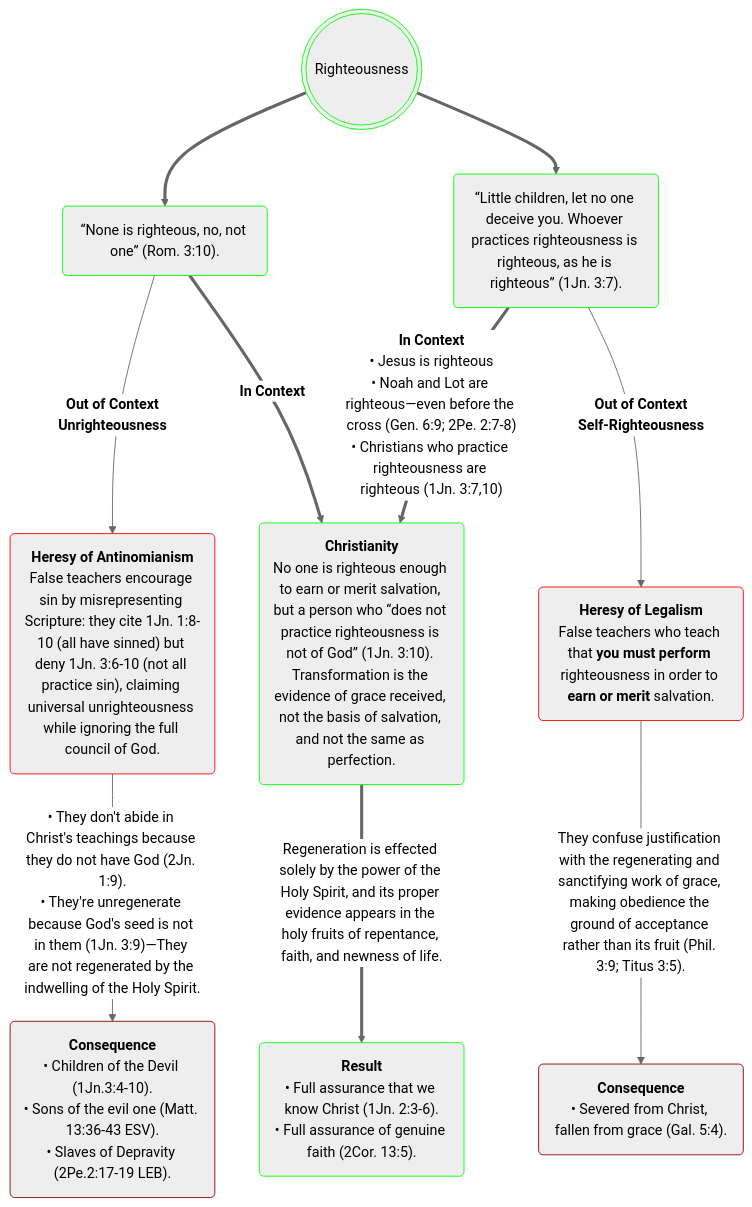
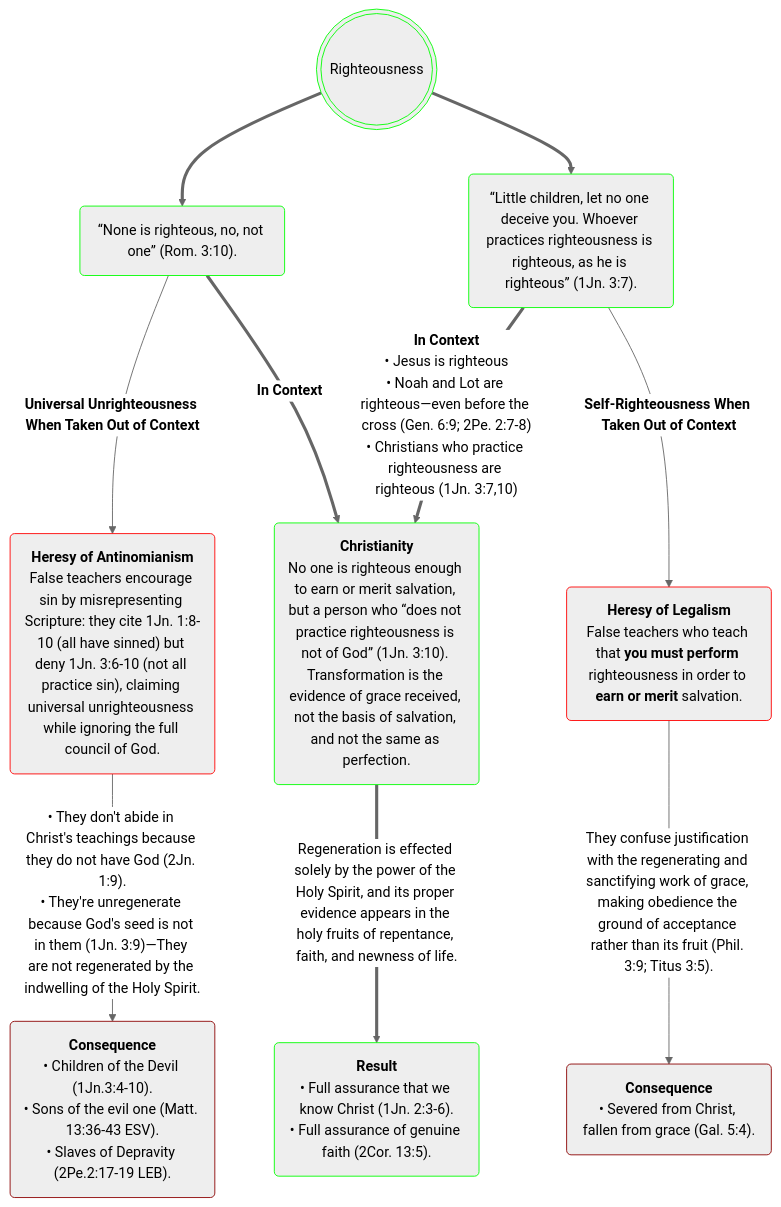
The diagram in _posts/2026-05-23-righteousness.markdown (OrdoLuminis/ordoluminis.github.io), drawn with Mermaid (neutral theme) before and after one commit. The commit also changed other lines of this file, not shown here.

Commit message:
universal

````diff
--- a/_posts/2026-05-23-righteousness.markdown
+++ b/_posts/2026-05-23-righteousness.markdown
@@ -46,16 +46,16 @@
 ```mermaid
 flowchart TD
     A(((Righteousness))):::green
     A ==> B(&ldquo;None is righteous, no, not one&rdquo; &lpar;Rom. 3:10&rpar;.):::green
     A ==> C(&ldquo;Little children, let no one deceive you. Whoever practices righteousness is righteous, as he is righteous&rdquo; &lpar;1Jn. 3:7&rpar;.):::green
-    B -->|<strong>Out of Context<br>Unrighteousness</strong>| D(<strong>Heresy of Antinomianism</strong><br>False teachers encourage sin by misrepresenting Scripture: they cite 1Jn. 1:8-10 &lpar;all have sinned&rpar; but deny 1Jn. 3:6-10 &lpar;not all practice sin&rpar;, claiming universal unrighteousness while ignoring the full council of God.):::red
-    C -->|<strong>Out of Context<br>Self-Righteousness</strong>| E(<strong>Heresy of Legalism</strong><br>False teachers who teach that <strong>you must perform</strong> righteousness in order to <strong>earn or merit</strong> salvation.):::red
+    B -->|<strong>Universal Unrighteousness When Taken Out of Context</strong>| D(<strong>Heresy of Antinomianism</strong><br>False teachers encourage sin by misrepresenting Scripture: they cite 1Jn. 1:8-10 &lpar;all have sinned&rpar; but deny 1Jn. 3:6-10 &lpar;not all practice sin&rpar;, claiming universal unrighteousness while ignoring the full council of God.):::red
+    C -->|<strong>Self-Righteousness When Taken Out of Context</strong>| E(<strong>Heresy of Legalism</strong><br>False teachers who teach that <strong>you must perform</strong> righteousness in order to <strong>earn or merit</strong> salvation.):::red
     B ==>|<strong>In Context</strong>| F(<strong>Christianity</strong><br>No one is righteous enough to earn or merit salvation, but a person who &ldquo;does not practice righteousness is not of God&rdquo; &lpar;1Jn. 3:10&rpar;. Transformation is the evidence of grace received, not the basis of salvation, and not the same as perfection.):::green
     C ==>|<strong>In Context</strong><br>&bull; Jesus is righteous<br>&bull; Noah and Lot are righteous&mdash;even before the cross &lpar;Gen. 6:9; 2Pe. 2:7-8&rpar;<br>&bull; Christians who practice righteousness are righteous &lpar;1Jn. 3:7,10&rpar;| F
     D -->|&bull; They don't abide in Christ's teachings because they do not have God &lpar;2Jn. 1:9&rpar;.<br>&bull; They're unregenerate because God's seed is not in them &lpar;1Jn. 3:9&rpar;&mdash;They are not regenerated by the indwelling of the Holy Spirit.| G(<strong>Consequence</strong><br>&bull; Children of the Devil &lpar;1Jn.3:4-10&rpar;.<br>&bull; Sons of the evil one &lpar;Matt. 13:36-43 ESV&rpar;.<br>&bull; Slaves of Depravity &lpar;2Pe.2:17-19 LEB&rpar;.):::darkred
     E -->|They confuse justification with the regenerating and sanctifying work of grace, making obedience the ground of acceptance rather than its fruit &lpar;Phil. 3:9; Titus 3:5&rpar;.| H(<strong>Consequence</strong><br>&bull; Severed from Christ, fallen from grace &lpar;Gal. 5:4&rpar;.):::darkred
     F ==>|Regeneration is effected solely by the power of the Holy Spirit, and its proper evidence appears in the holy fruits of repentance, faith, and newness of life.| I(<strong>Result</strong><br>&bull; Full assurance that we know Christ &lpar;1Jn. 2:3-6&rpar;.<br>&bull; Full assurance of genuine faith &lpar;2Cor. 13:5&rpar;. ):::green
     classDef red stroke:#f00
     classDef green stroke:#0f0
     classDef darkred stroke:#8B0000
 ```
````
